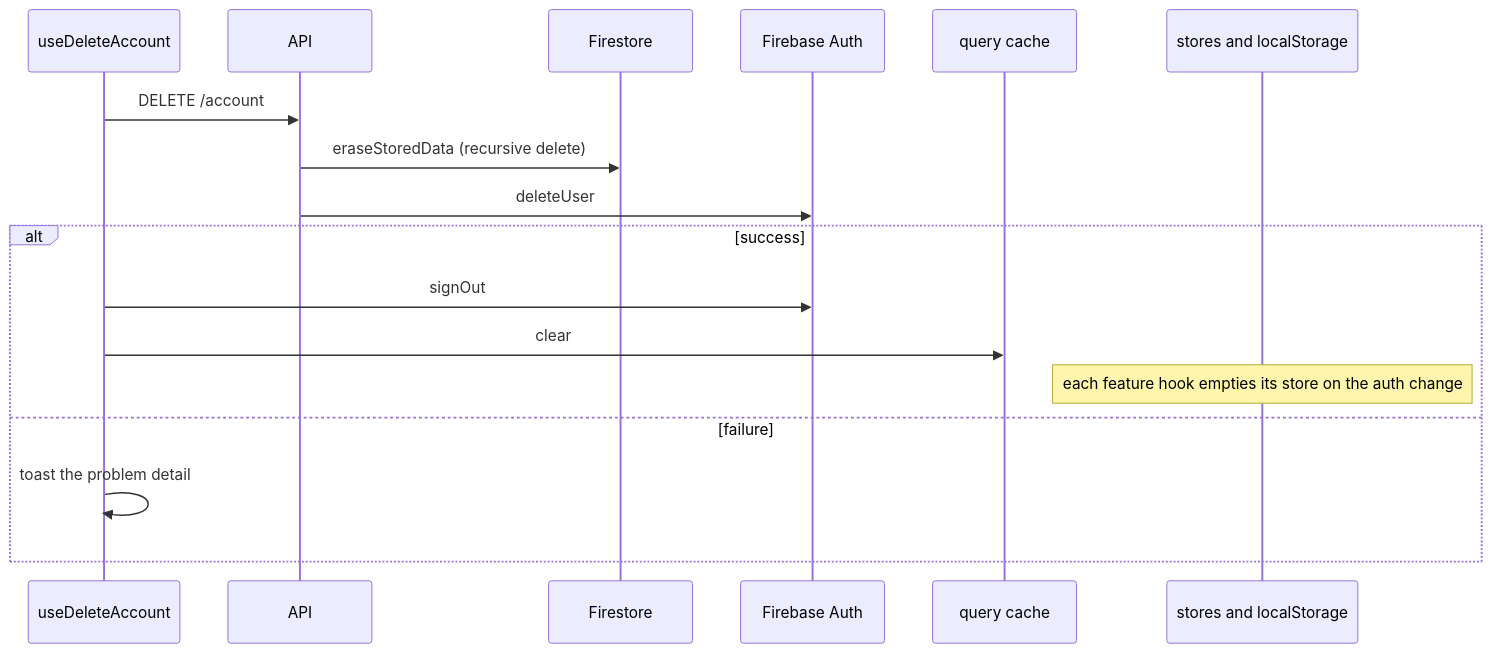
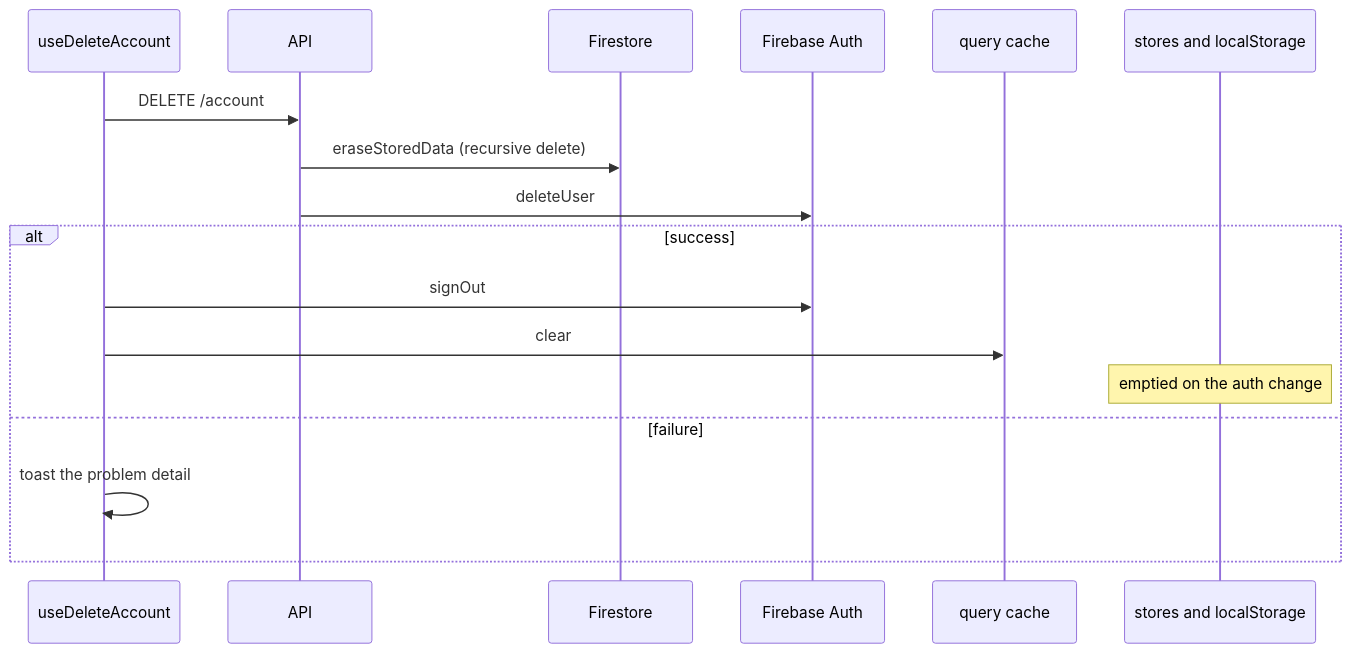
The fourth of 4 diagrams in docs/reference/data-flow-write-paths.md (dungeon-studio/genshin.dungeon.studio), drawn with Mermaid before and after one commit. The commit also changed other lines of this file and 1 other file, not shown here.

Commit message:
docs: fit the data flow diagrams to a page column
Rendered, Level 0 laid out left to right was 3423px wide, so a page
column shrank its labels to a quarter size. Top to bottom it renders
at 2143px with the trust boundaries as separate regions. Two sequence
labels that overflowed their boxes are shortened.

````diff
--- a/docs/reference/data-flow-write-paths.md
+++ b/docs/reference/data-flow-write-paths.md
@@ -149,20 +149,20 @@
 ```mermaid
 sequenceDiagram
   participant Hook as useDeleteAccount
   participant API as API
   participant FS as Firestore
   participant FA as Firebase Auth
   participant Cache as query cache
   participant Stores as stores and localStorage
 
   Hook->>API: DELETE /account
   API->>FS: eraseStoredData (recursive delete)
   API->>FA: deleteUser
   alt success
     Hook->>FA: signOut
     Hook->>Cache: clear
-    Note over Stores: each feature hook empties its store on the auth change
+    Note over Stores: emptied on the auth change
   else failure
     Hook->>Hook: toast the problem detail
   end
 ```
````
